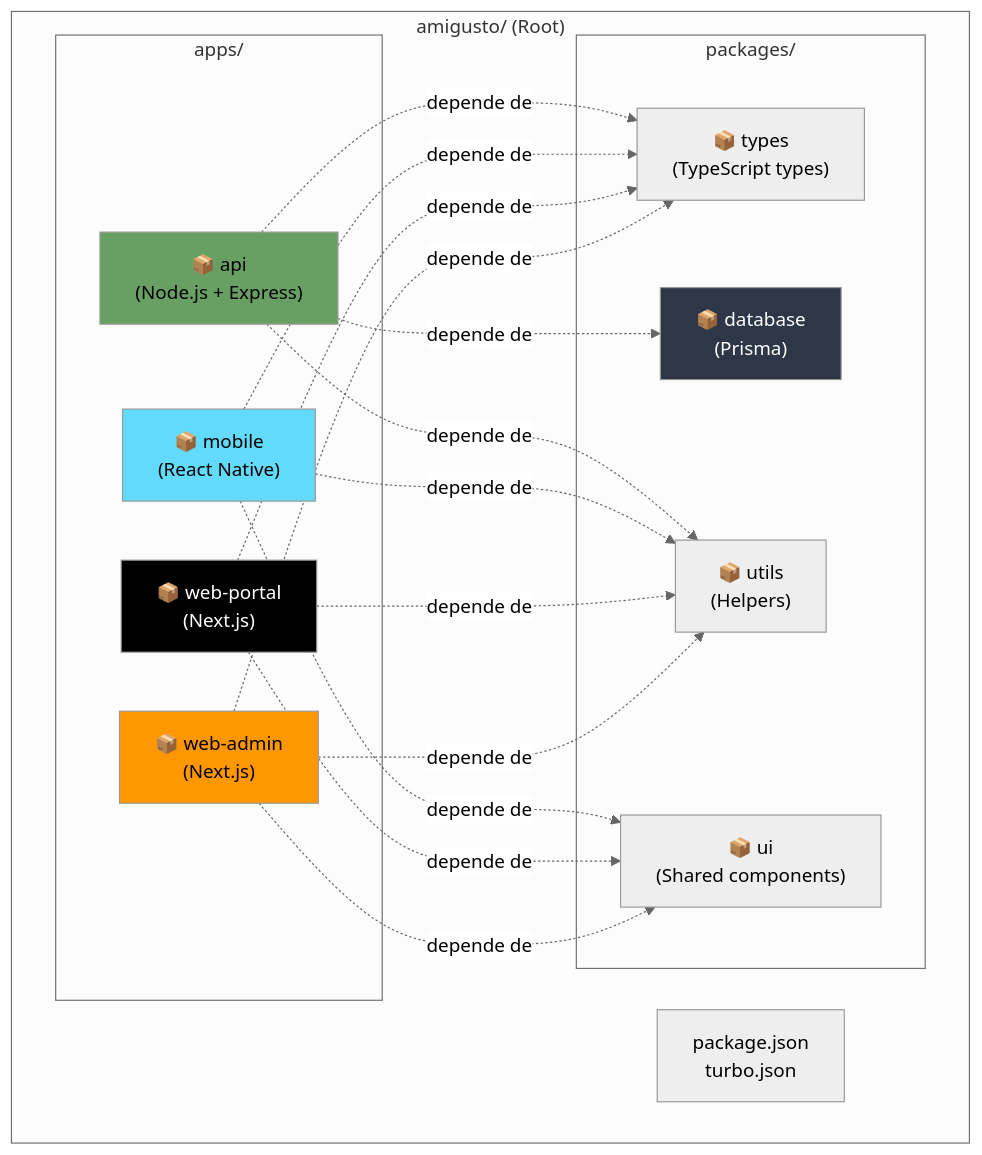
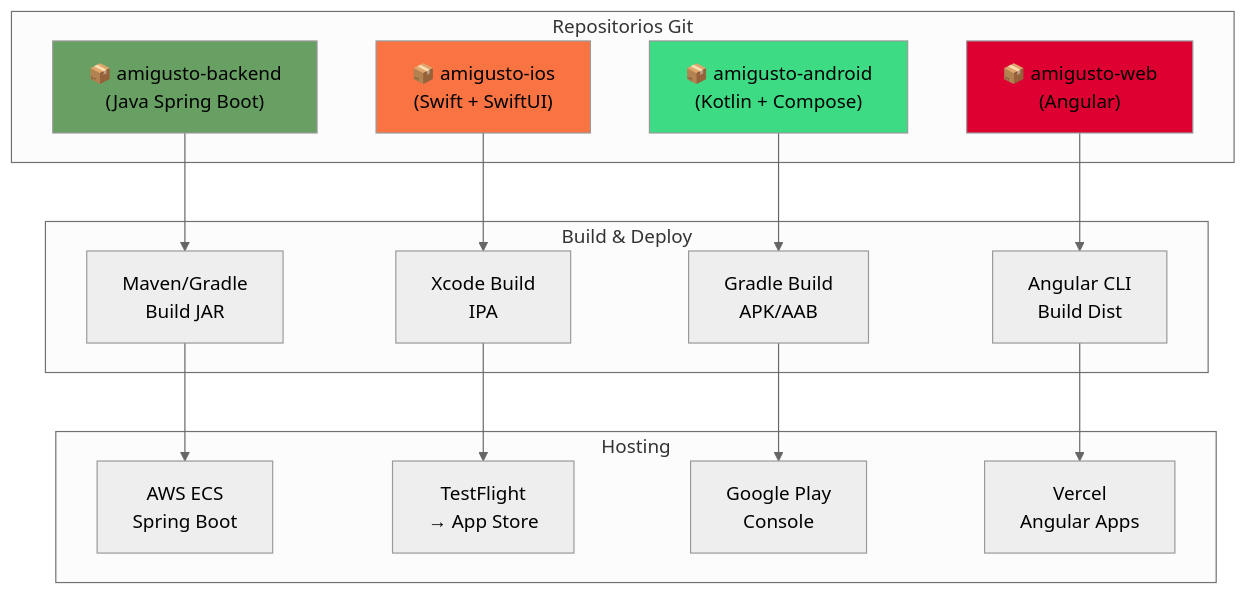
Before and after one commit to juansuarez-pragma/amigusto_doc: the ninth of 12 diagrams in DIAGRAMAS.md, drawn with Mermaid (neutral theme). The commit also changed other lines of this file and 2 other files, not shown here.

````diff
--- a/DIAGRAMAS.md
+++ b/DIAGRAMAS.md
@@ -413,42 +426,33 @@
 ```mermaid
 graph TB
-    subgraph "amigusto/ (Root)"
-        Root["package.json<br/>turbo.json"]
-
-        subgraph "apps/"
-            API["📦 api<br/>(Node.js + Express)"]
-            Mobile["📦 mobile<br/>(React Native)"]
-            Portal["📦 web-portal<br/>(Next.js)"]
-            Admin["📦 web-admin<br/>(Next.js)"]
-        end
-
-        subgraph "packages/"
-            Types["📦 types<br/>(TypeScript types)"]
-            UI["📦 ui<br/>(Shared components)"]
-            DB["📦 database<br/>(Prisma)"]
-            Utils["📦 utils<br/>(Helpers)"]
-        end
+    subgraph "Repositorios Git"
+        R1["📦 amigusto-backend<br/>(Java Spring Boot)"]
+        R2["📦 amigusto-ios<br/>(Swift + SwiftUI)"]
+        R3["📦 amigusto-android<br/>(Kotlin + Compose)"]
+        R4["📦 amigusto-web<br/>(Angular)"]
     end
 
-    API -.depende de.-> Types
-    API -.depende de.-> DB
-    API -.depende de.-> Utils
+    subgraph "Build & Deploy"
+        B1["Maven/Gradle<br/>Build JAR"]
+        B2["Xcode Build<br/>IPA"]
+        B3["Gradle Build<br/>APK/AAB"]
+        B4["Angular CLI<br/>Build Dist"]
+    end
 
-    Mobile -.depende de.-> Types
-    Mobile -.depende de.-> UI
-    Mobile -.depende de.-> Utils
+    subgraph "Hosting"
+        H1["AWS ECS<br/>Spring Boot"]
+        H2["TestFlight<br/>→ App Store"]
+        H3["Google Play<br/>Console"]
+        H4["Vercel<br/>Angular Apps"]
+    end
 
-    Portal -.depende de.-> Types
-    Portal -.depende de.-> UI
-    Portal -.depende de.-> Utils
+    R1 --> B1 --> H1
+    R2 --> B2 --> H2
+    R3 --> B3 --> H3
+    R4 --> B4 --> H4
 
-    Admin -.depende de.-> Types
-    Admin -.depende de.-> UI
-    Admin -.depende de.-> Utils
-
-    style API fill:#68A063
-    style Mobile fill:#61DAFB
-    style Portal fill:#000000,color:#fff
-    style Admin fill:#FF9800
-    style DB fill:#2D3748,color:#fff
+    style R1 fill:#68A063
+    style R2 fill:#FA7343
+    style R3 fill:#3DDC84
+    style R4 fill:#DD0031
 ```
````
